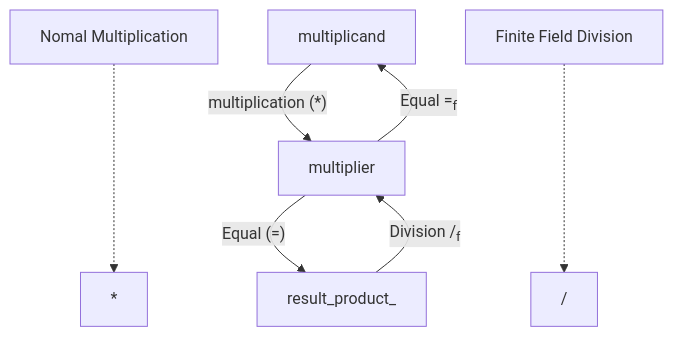
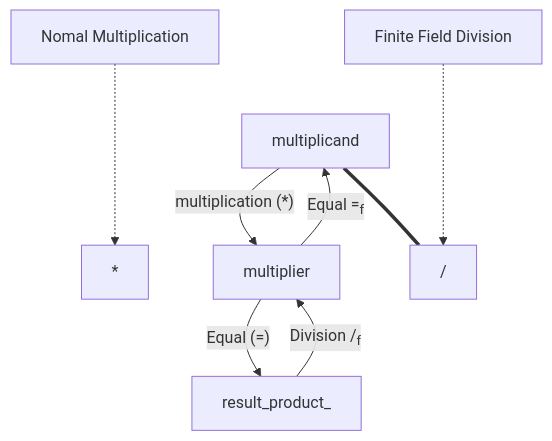
Before and after one commit to will-bc/Blockchain-Cryptocurrency: the third of 3 diagrams in Finite_Field/README.md, drawn with Mermaid.

````diff
--- a/Finite_Field/README.md
+++ b/Finite_Field/README.md
@@ -49,15 +49,15 @@
 ```mermaid 
 graph TB 
 
 A["Nomal Multiplication"] -..-> *
 
 multiplicand --"multiplication (*)" --> multiplier-->|"Equal (=)"|result_product_ 
 
 result_product_-- "Division /<sub>f</sub>" -->multiplier
 multiplier--"Equal =<sub>f</sub>" -->multiplicand
 
-A & multiplicand & / 
+multiplicand  === / 
 
 B["Finite Field Division"] -..-> /
 
 ```
````
